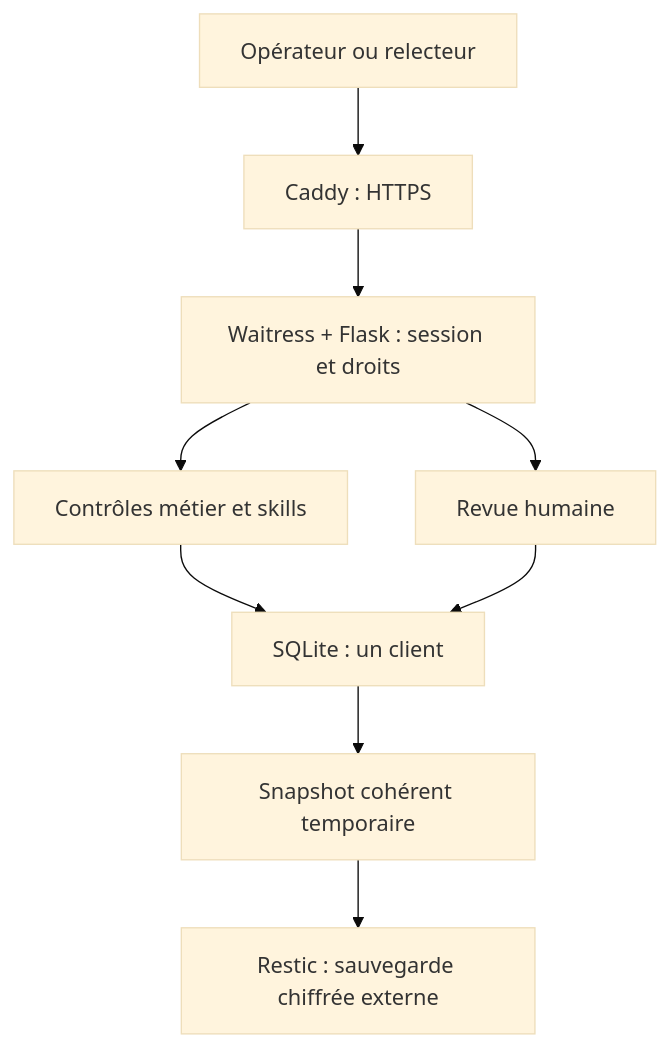
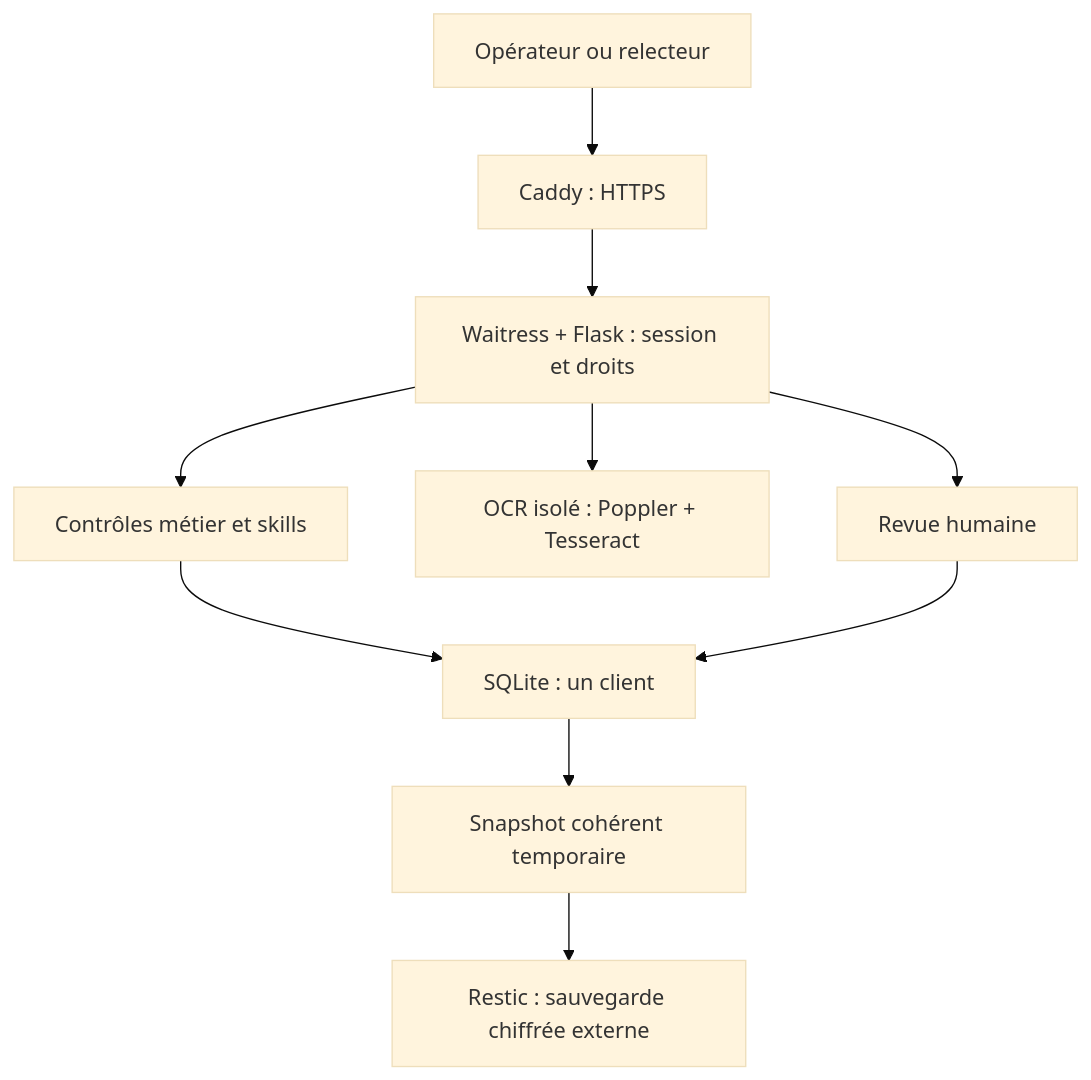
One commit to Floums08/admin-agent changed the diagram in docs/ARCHITECTURE.md. Above: the diagram before and after it, drawn with Mermaid (base theme). The commit also changed other lines of this file and 47 other files, not shown here.

````diff
--- a/docs/ARCHITECTURE.md
+++ b/docs/ARCHITECTURE.md
@@ -7,11 +7,12 @@
 ```mermaid
 flowchart TD
     U["Opérateur ou relecteur"] --> P["Caddy : HTTPS"]
     P --> A["Waitress + Flask : session et droits"]
     A --> M["Contrôles métier et skills"]
+    A --> O["OCR isolé : Poppler + Tesseract"]
     M --> B["SQLite : un client"]
     A --> R["Revue humaine"]
     R --> B
     B --> S["Snapshot cohérent temporaire"]
     S --> E["Restic : sauvegarde chiffrée externe"]
 ```
````
